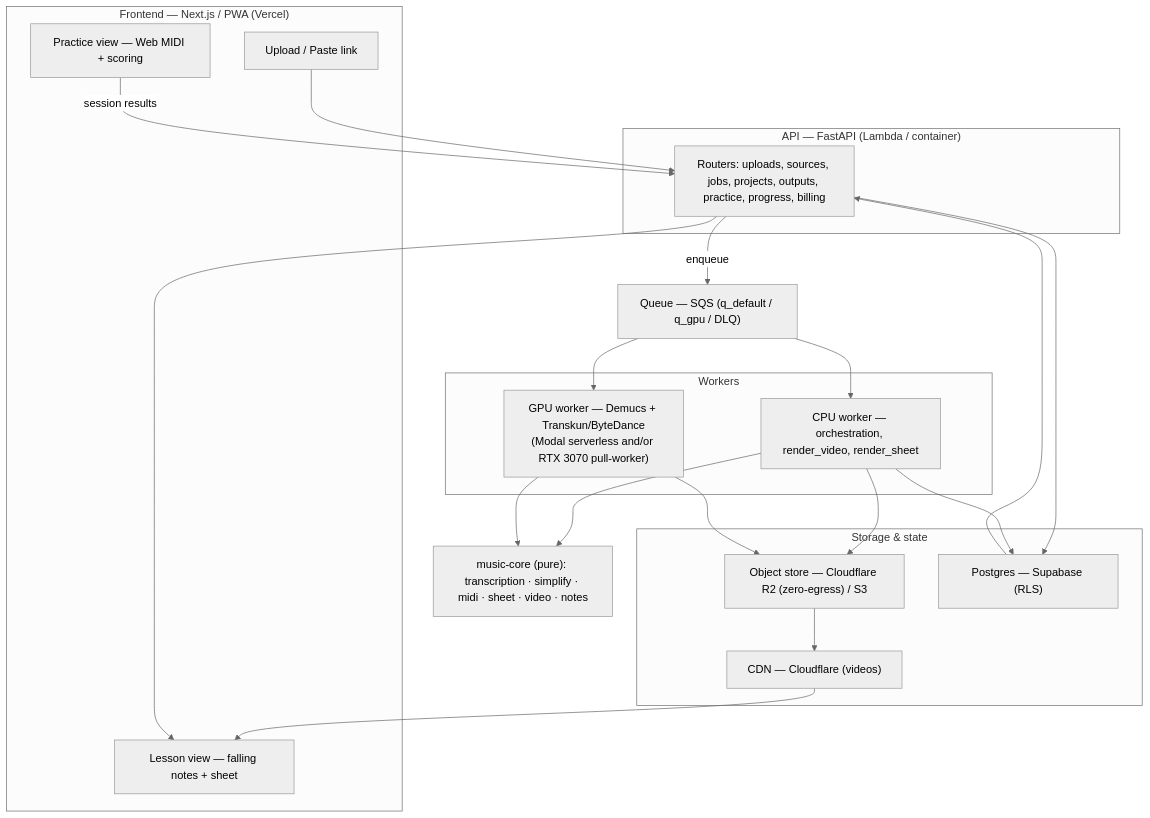
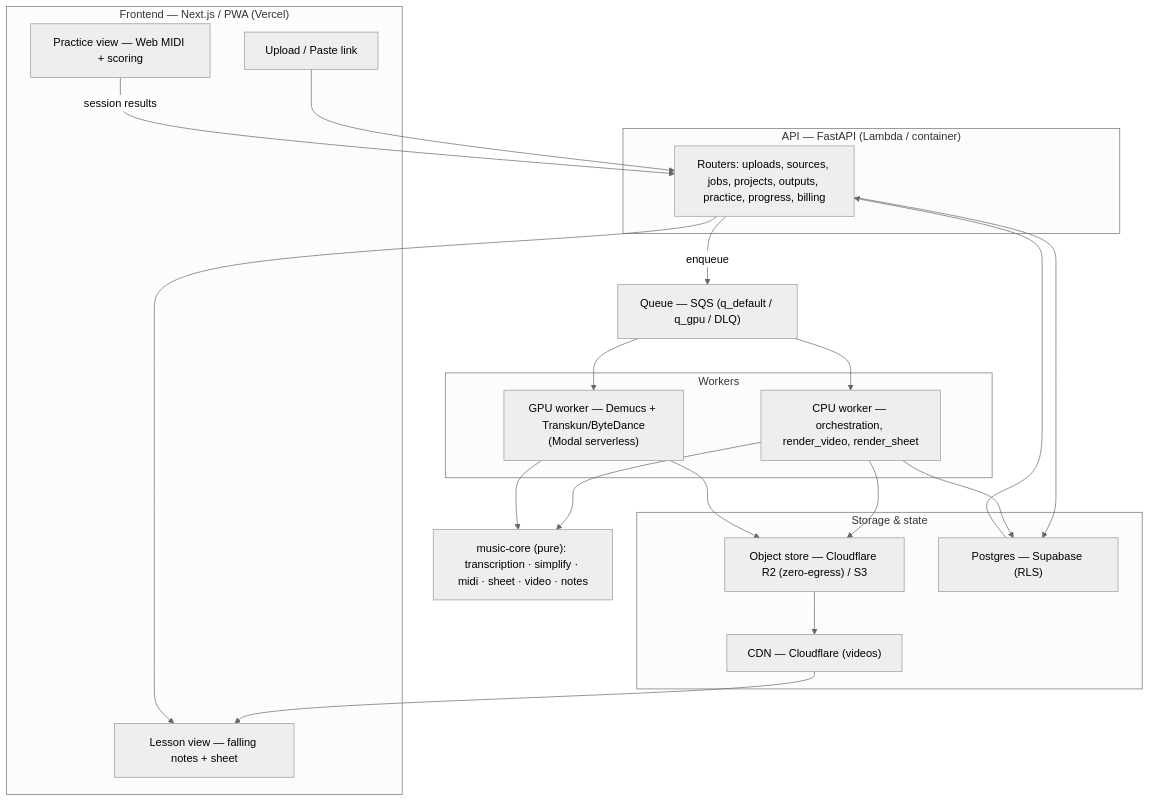
Before and after one commit to nhatpro306/pianoflow-ai: the first of 4 diagrams in docs/MASTER_PLAN.md, drawn with Mermaid (neutral theme). The commit also changed other lines of this file and 2 other files, not shown here.

First line of the commit message:
docs(plan): add transcription latency axis; Modal-only GPU; free-tier speed decision

````diff
--- a/docs/MASTER_PLAN.md
+++ b/docs/MASTER_PLAN.md
@@ -32,35 +32,35 @@
 ```mermaid
 flowchart TB
     subgraph Client["Frontend — Next.js / PWA (Vercel)"]
         UP["Upload / Paste link"]
         LESSON["Lesson view — falling notes + sheet"]
         PRACTICE["Practice view — Web MIDI + scoring"]
     end
     subgraph Edge["API — FastAPI (Lambda / container)"]
         APIR["Routers: uploads, sources, jobs, projects, outputs, practice, progress, billing"]
     end
     Q["Queue — SQS (q_default / q_gpu / DLQ)"]
     subgraph Workers["Workers"]
         ORCH["CPU worker — orchestration, render_video, render_sheet"]
-        GPU["GPU worker — Demucs + Transkun/ByteDance<br/>(Modal serverless and/or RTX 3070 pull-worker)"]
+        GPU["GPU worker — Demucs + Transkun/ByteDance<br/>(Modal serverless)"]
     end
     CORE["music-core (pure): transcription · simplify · midi · sheet · video · notes"]
     subgraph Data["Storage & state"]
         OBJ["Object store — Cloudflare R2 (zero-egress) / S3"]
         DB["Postgres — Supabase (RLS)"]
         CDN["CDN — Cloudflare (videos)"]
     end
 
     UP --> APIR
     PRACTICE -->|session results| APIR
     APIR -->|enqueue| Q --> ORCH
     Q --> GPU
     ORCH --> CORE
     GPU --> CORE
     ORCH --> OBJ
     GPU --> OBJ
     APIR --> DB
     ORCH --> DB
     OBJ --> CDN --> LESSON
     DB --> APIR --> LESSON
 ```
````
